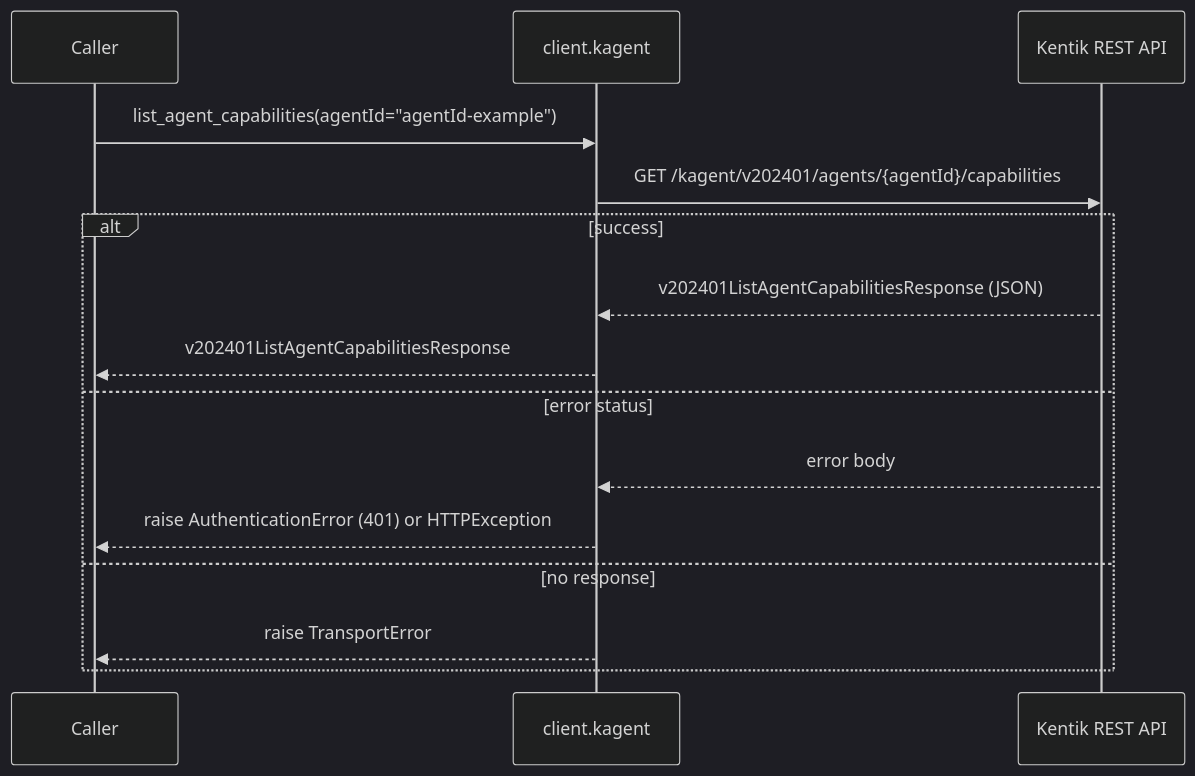
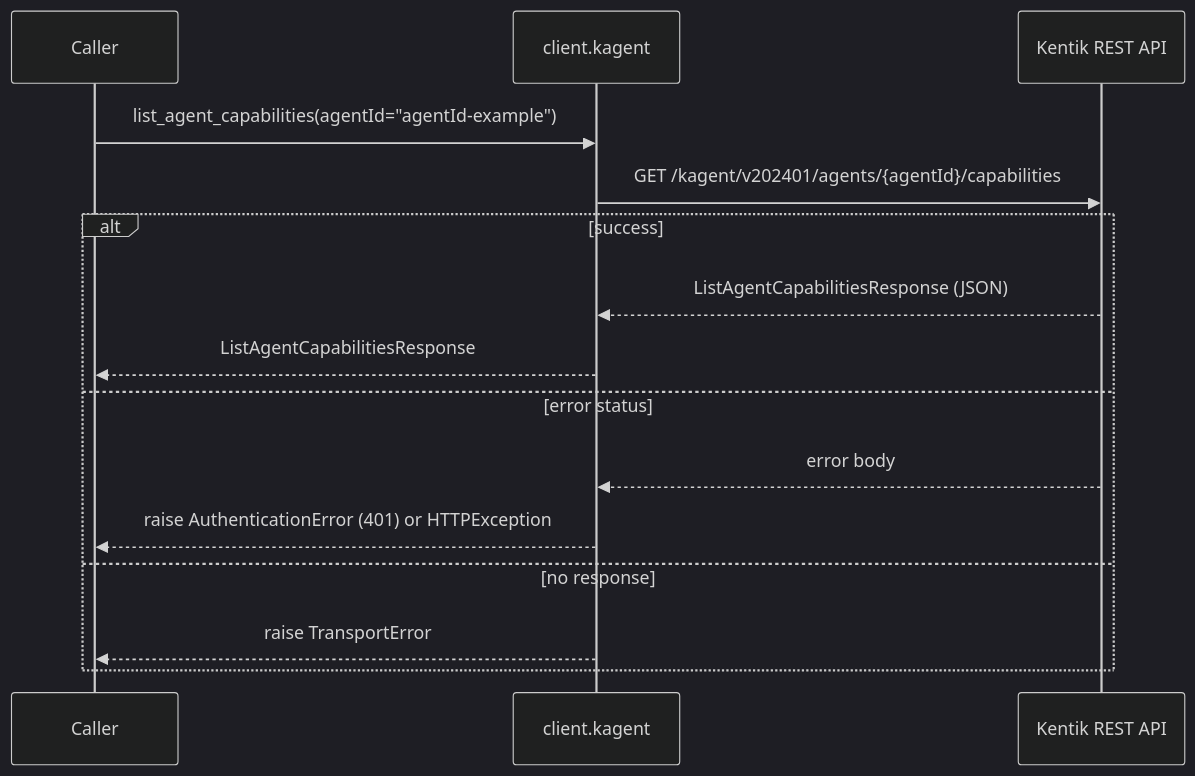
Before and after one commit to alexdearaujo/community_sdk_python: diagram 16 of 58 in docs/sphinx/services/kagent.md, drawn with Mermaid (dark theme). The commit also changed other lines of this file and 38 other files, not shown here.

````diff
--- a/docs/sphinx/services/kagent.md
+++ b/docs/sphinx/services/kagent.md
@@ -578,18 +578,18 @@
 ```mermaid
 sequenceDiagram
     participant C as Caller
     participant W as client.kagent
     participant API as Kentik REST API
 
     C->>W: list_agent_capabilities(agentId="agentId-example")
     W->>API: GET /kagent/v202401/agents/{agentId}/capabilities
     alt success
-        API-->>W: v202401ListAgentCapabilitiesResponse (JSON)
-        W-->>C: v202401ListAgentCapabilitiesResponse
+        API-->>W: ListAgentCapabilitiesResponse (JSON)
+        W-->>C: ListAgentCapabilitiesResponse
     else error status
         API-->>W: error body
         W-->>C: raise AuthenticationError (401) or HTTPException
     else no response
         W-->>C: raise TransportError
     end
 ```
````
